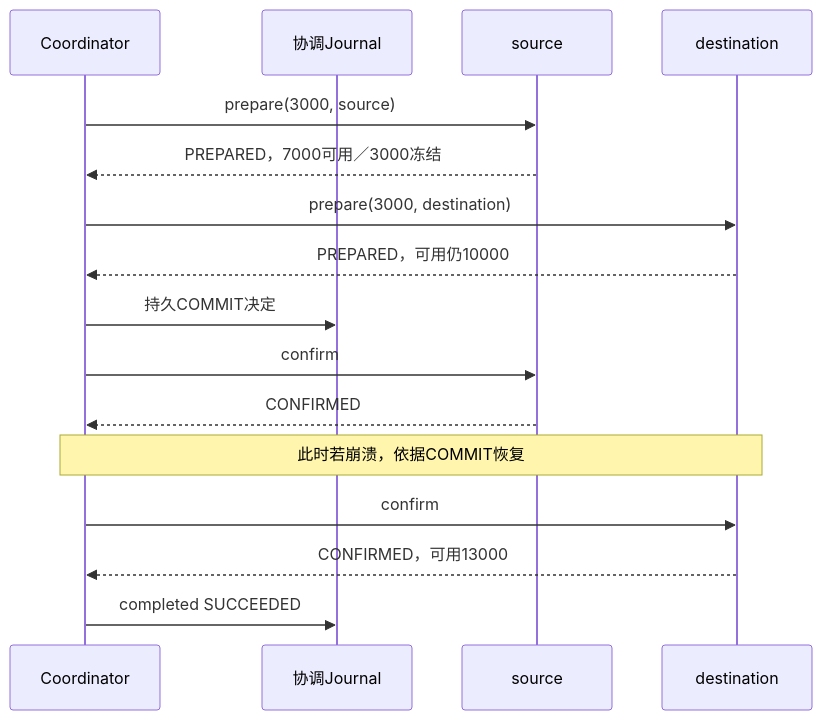
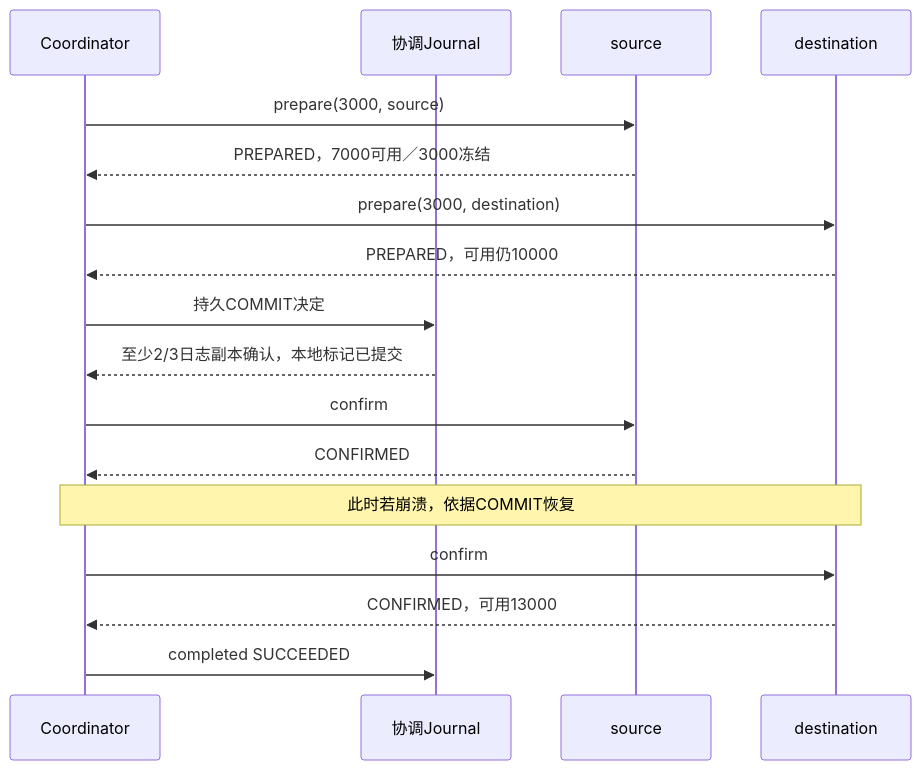
One commit to attackoncs/system-design-impl changed the second of 3 diagrams in tools/learning_guides/digital-wallet-system.md. Above: the diagram before and after it, drawn with Mermaid. The commit also changed other lines of this file and 15 other files, not shown here.

````diff
--- a/tools/learning_guides/digital-wallet-system.md
+++ b/tools/learning_guides/digital-wallet-system.md
@@ -56,18 +64,19 @@
 ```mermaid
 sequenceDiagram
   participant C as Coordinator
   participant J as 协调Journal
   participant S as source
   participant D as destination
   C->>S: prepare(3000, source)
   S-->>C: PREPARED，7000可用／3000冻结
   C->>D: prepare(3000, destination)
   D-->>C: PREPARED，可用仍10000
   C->>J: 持久COMMIT决定
+  J-->>C: 至少2/3日志副本确认，本地标记已提交
   C->>S: confirm
   S-->>C: CONFIRMED
   Note over C,D: 此时若崩溃，依据COMMIT恢复
   C->>D: confirm
   D-->>C: CONFIRMED，可用13000
   C->>J: completed SUCCEEDED
 ```
````
